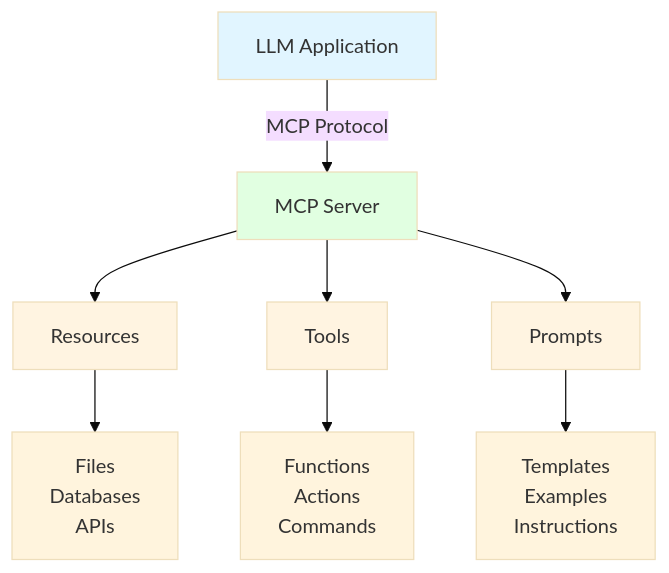
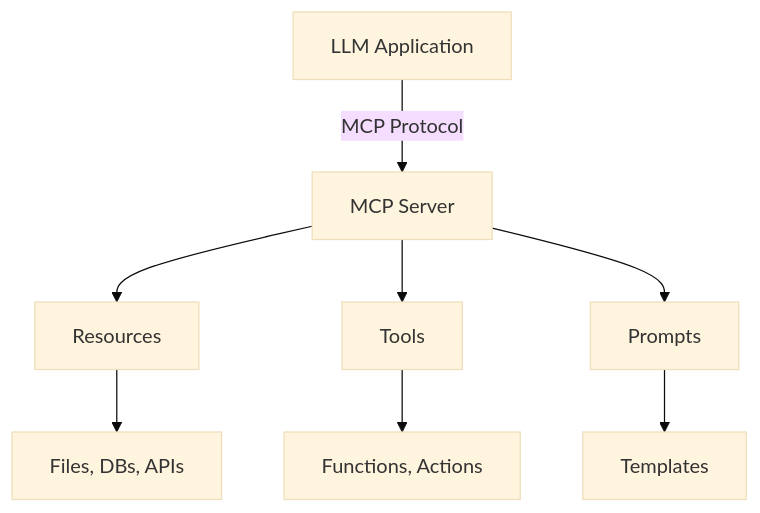
Before and after one commit to LCKYN/LCKYN-KnowledgeBase: the diagram in 10-19 Intelligence_Modeling/11_LLM_Dev/11.08 MCP Server.md, drawn with Mermaid (base theme). The commit also changed other lines of this file and 17 other files, not shown here.

Commit message:
Refactor Disnake Package Documentation: Streamline installation instructions, enhance core concepts section, and improve command examples for clarity and conciseness.

````diff
--- a/10-19 Intelligence_Modeling/11_LLM_Dev/11.08 MCP Server.md
+++ b/10-19 Intelligence_Modeling/11_LLM_Dev/11.08 MCP Server.md
@@ -15,18 +13,10 @@
 ```mermaid
 graph TB
     A[LLM Application] -->|MCP Protocol| B[MCP Server]
-
     B --> C[Resources]
     B --> D[Tools]
     B --> E[Prompts]
-
-    C --> F["Files<br/>Databases<br/>APIs"]
-    D --> G["Functions<br/>Actions<br/>Commands"]
-    E --> H["Templates<br/>Examples<br/>Instructions"]
-
-    style A fill:#e1f5ff
-    style B fill:#e1ffe1
-    style C fill:#fff4e1
-    style D fill:#fff4e1
-    style E fill:#fff4e1
+    C --> F["Files, DBs, APIs"]
+    D --> G["Functions, Actions"]
+    E --> H["Templates"]
 ```
````
